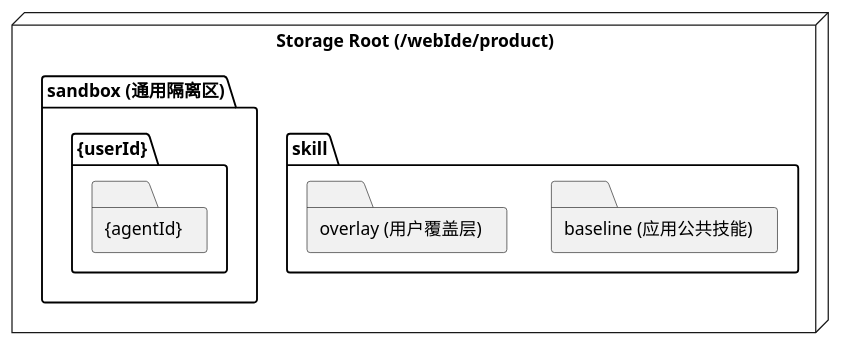
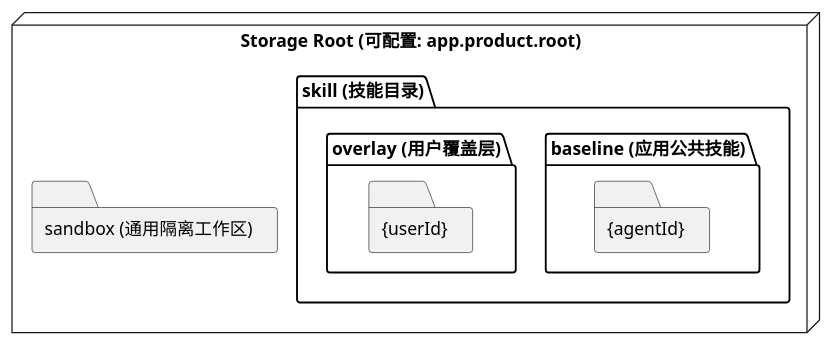
Before and after one commit to Cogather/FileSecBoxService: the third of 3 diagrams in DESIGN.md, drawn with PlantUML. The commit also changed other lines of this file and 8 other files, not shown here.

````diff
--- a/DESIGN.md
+++ b/DESIGN.md
@@ -57,15 +74,21 @@
 ```plantuml
 @startuml
-node "Storage Root (/webIde/product)" {
-    folder "skill" {
-        folder "baseline (应用公共技能)"
-        folder "overlay (用户覆盖层)"
+node "Storage Root (可配置: app.product.root)" {
+    folder "skill (技能目录)" {
+        folder "baseline (应用公共技能)" {
+            folder "{agentId}"
+        }
+        folder "overlay (用户覆盖层)" {
+            folder "{userId}" {
+                folder "{agentId}"
+            }
+        }
     }
-    folder "sandbox (通用隔离区)" {
+    folder "sandbox (通用隔离工作区)" {
         folder "{userId}" {
             folder "{agentId}"
         }
     }
 }
 @endum
 ```
````
